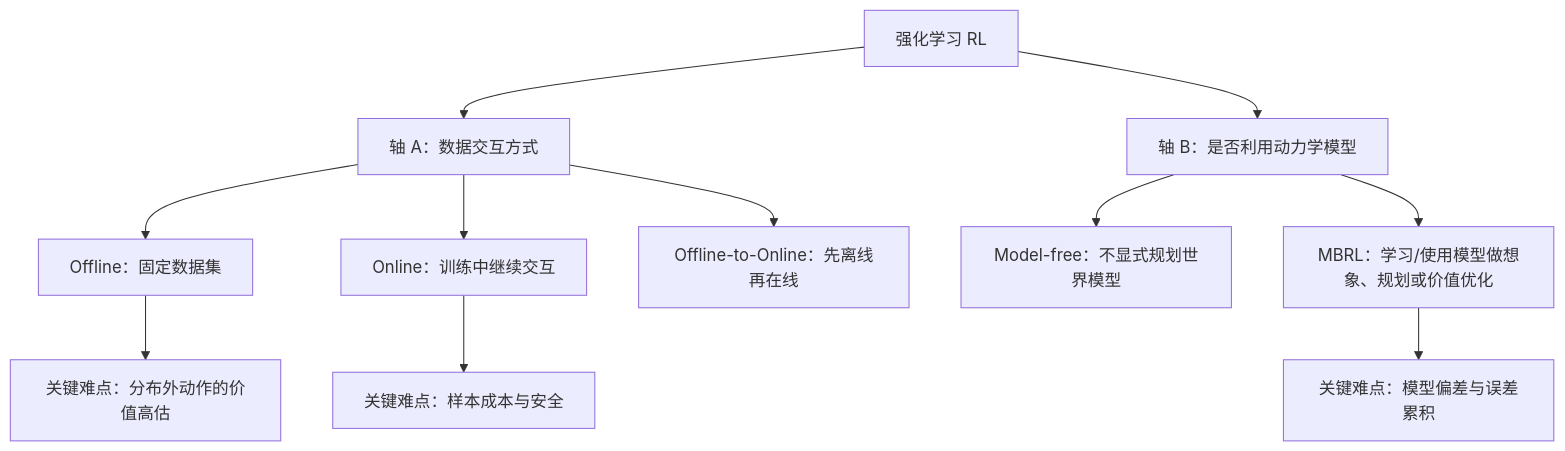
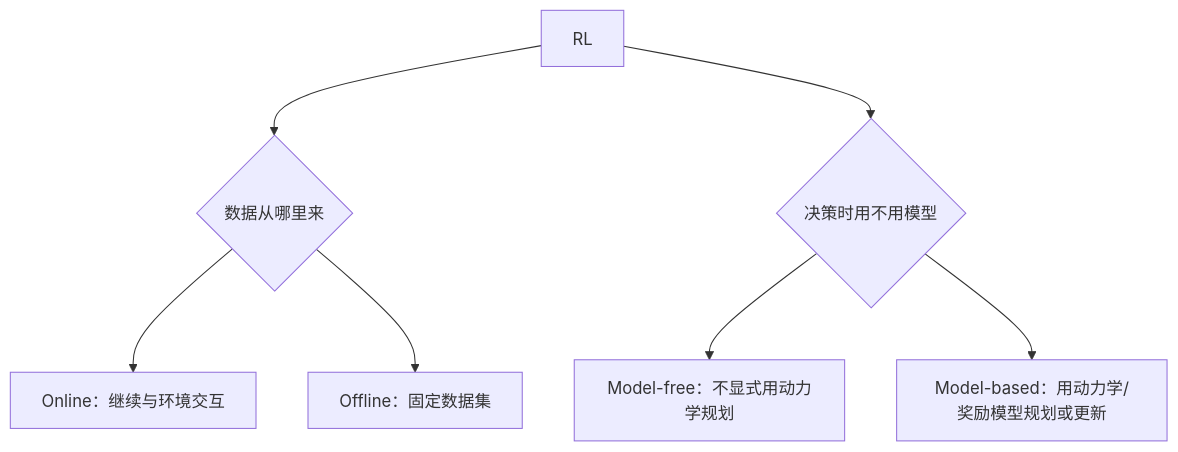
Before and after one commit to ppsdk/Embodied-AI-Start: the second of 3 diagrams in docs/knowledge-map.md, drawn with Mermaid. The commit also changed other lines of this file and 7 other files, not shown here.

````diff
--- a/docs/knowledge-map.md
+++ b/docs/knowledge-map.md
@@ -354,16 +72,9 @@
 ```mermaid
 flowchart TD
-    RL["强化学习 RL"] --> DATA["轴 A：数据交互方式"]
-    RL --> MODEL["轴 B：是否利用动力学模型"]
-
-    DATA --> OFF["Offline：固定数据集"]
-    DATA --> ON["Online：训练中继续交互"]
-    DATA --> HY["Offline-to-Online：先离线再在线"]
-
-    MODEL --> MF["Model-free：不显式规划世界模型"]
-    MODEL --> MB["MBRL：学习/使用模型做想象、规划或价值优化"]
-
-    OFF --> OOD["关键难点：分布外动作的价值高估"]
-    ON --> SAMPLE["关键难点：样本成本与安全"]
-    MB --> ERR["关键难点：模型偏差与误差累积"]
+    RL[RL] --> DATA{数据从哪里来}
+    RL --> MODEL{决策时用不用模型}
+    DATA --> ON[Online：继续与环境交互]
+    DATA --> OFF[Offline：固定数据集]
+    MODEL --> MF[Model-free：不显式用动力学规划]
+    MODEL --> MB[Model-based：用动力学/奖励模型规划或更新]
 ```
````
